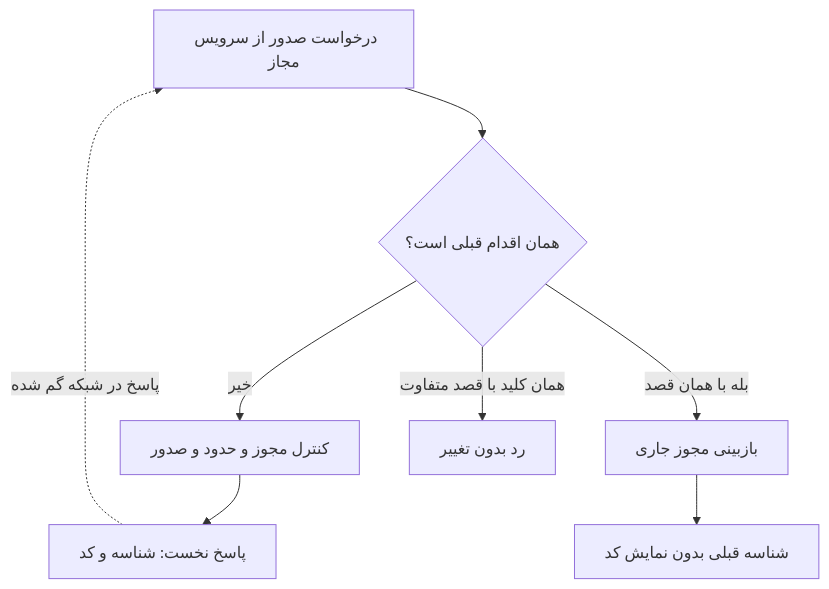
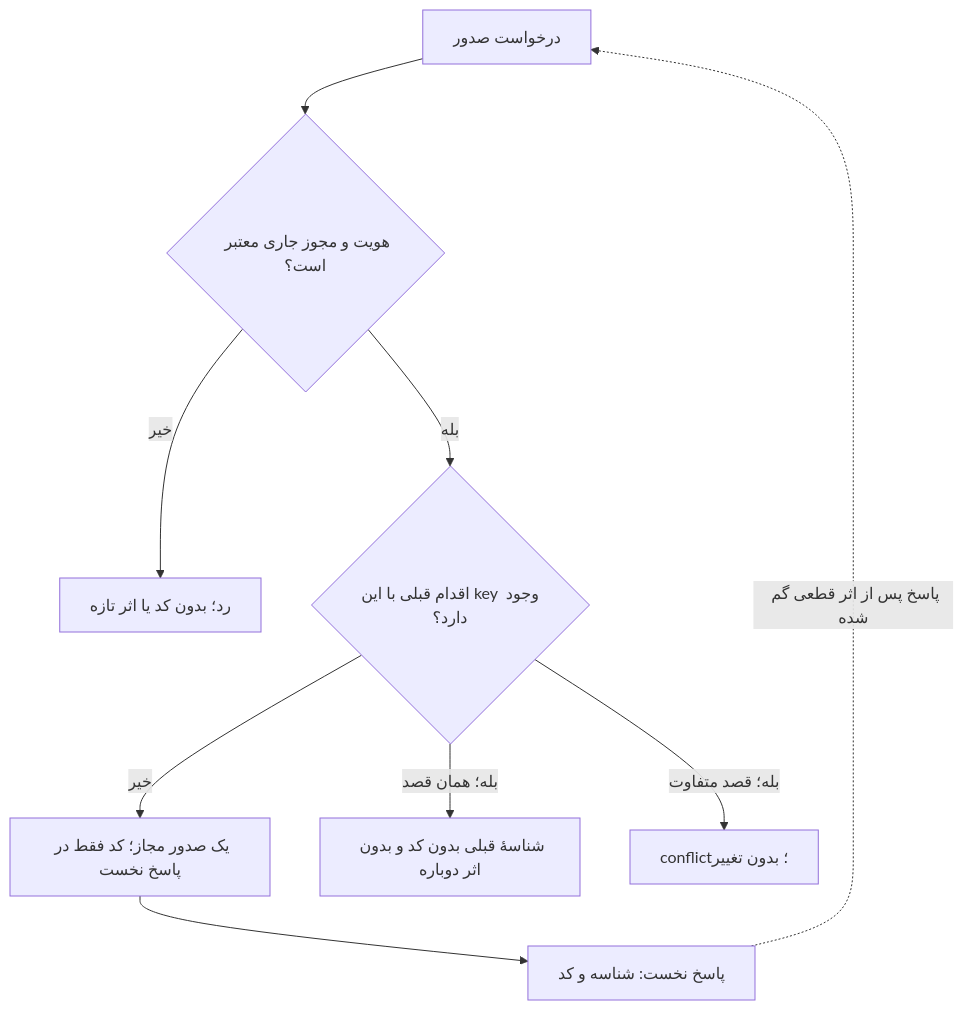
Before and after one commit to oveysrostami/product-workflow: the first of 2 diagrams in examples/otp-issue/product.md, drawn with Mermaid. The commit also changed other lines of this file and 29 other files, not shown here.

````diff
--- a/examples/otp-issue/product.md
+++ b/examples/otp-issue/product.md
@@ -16,10 +35,11 @@
 ```mermaid
 flowchart TD
-    A["درخواست صدور از سرویس مجاز"] --> B{"همان اقدام قبلی است؟"}
-    B -->|"خیر"| C["کنترل مجوز و حدود و صدور"]
+    A["درخواست صدور"] --> Auth{"هویت و مجوز جاری معتبر است؟"}
+    Auth -->|"خیر"| Denied["رد؛ بدون کد یا اثر تازه"]
+    Auth -->|"بله"| B{"اقدام قبلی با این key وجود دارد؟"}
+    B -->|"خیر"| C["یک صدور مجاز؛ کد فقط در پاسخ نخست"]
     C --> D["پاسخ نخست: شناسه و کد"]
-    B -->|"بله با همان قصد"| E["بازبینی مجوز جاری"]
-    E --> F["شناسه قبلی بدون نمایش کد"]
-    B -->|"همان کلید با قصد متفاوت"| G["رد بدون تغییر"]
-    D -. "پاسخ در شبکه گم شده" .-> A
+    B -->|"بله؛ همان قصد"| E["شناسهٔ قبلی بدون کد و بدون اثر دوباره"]
+    B -->|"بله؛ قصد متفاوت"| G["conflict؛ بدون تغییر"]
+    D -. "پاسخ پس از اثر قطعی گم شده" .-> A
 ```
````
